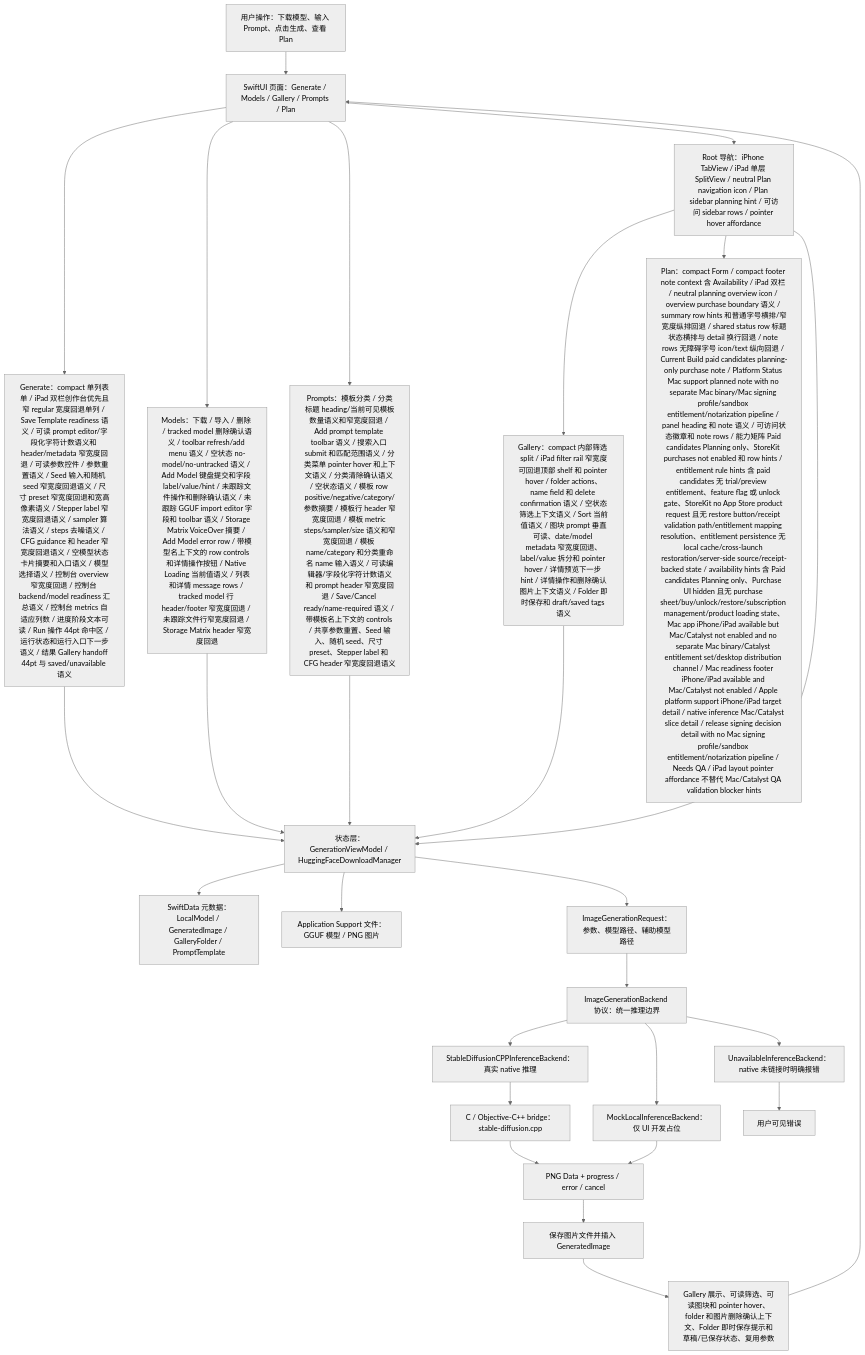
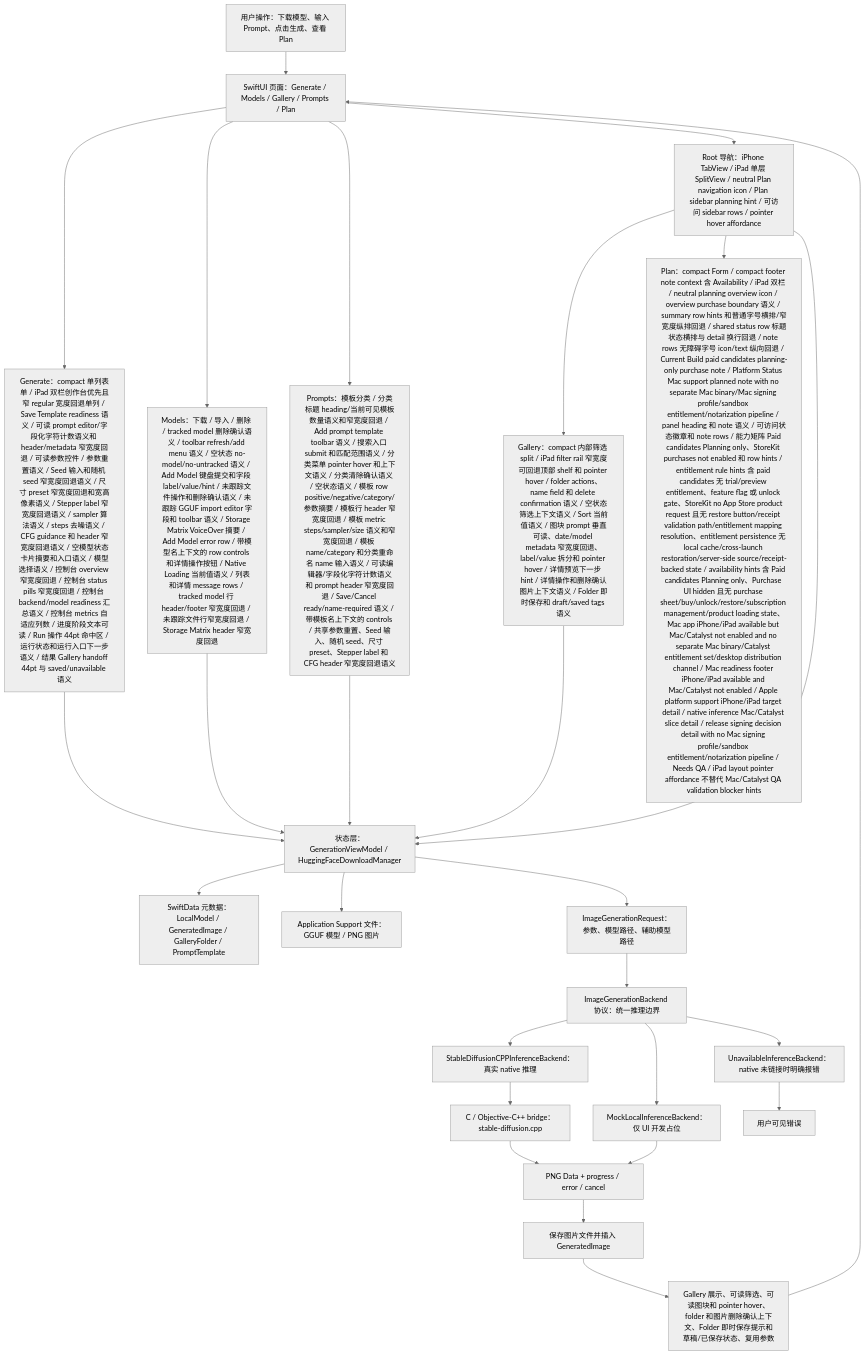
Before and after one commit to Altman-sam114/118: the first of 7 diagrams in md/flow/flowchart.md, drawn with Mermaid (neutral theme). The commit also changed 5 other files, not shown here.

First line of the commit message:
v1.146: Console status pills fallback

````diff
--- a/md/flow/flowchart.md
+++ b/md/flow/flowchart.md
@@ -9,29 +9,29 @@
 ```mermaid
 flowchart TD
   U["用户操作：下载模型、输入 Prompt、点击生成、查看 Plan"] --> UI["SwiftUI 页面：Generate / Models / Gallery / Prompts / Plan"]
-  UI --> GENUI["Generate：compact 单列表单 / iPad 双栏创作台优先且窄 regular 宽度回退单列 / Save Template readiness 语义 / 可读 prompt editor/字段化字符计数语义和 header/metadata 窄宽度回退 / 可读参数控件 / 参数重置语义 / Seed 输入和随机 seed 窄宽度回退语义 / 尺寸 preset 窄宽度回退和宽高像素语义 / Stepper label 窄宽度回退语义 / sampler 算法语义 / steps 去噪语义 / CFG guidance 和 header 窄宽度回退语义 / 空模型状态卡片摘要和入口语义 / 模型选择语义 / 控制台 overview 窄宽度回退 / 控制台 backend/model readiness 汇总语义 / 控制台 metrics 自适应列数 / 进度阶段文本可读 / Run 操作 44pt 命中区 / 运行状态和运行入口下一步语义 / 结果 Gallery handoff 44pt 与 saved/unavailable 语义"]
+  UI --> GENUI["Generate：compact 单列表单 / iPad 双栏创作台优先且窄 regular 宽度回退单列 / Save Template readiness 语义 / 可读 prompt editor/字段化字符计数语义和 header/metadata 窄宽度回退 / 可读参数控件 / 参数重置语义 / Seed 输入和随机 seed 窄宽度回退语义 / 尺寸 preset 窄宽度回退和宽高像素语义 / Stepper label 窄宽度回退语义 / sampler 算法语义 / steps 去噪语义 / CFG guidance 和 header 窄宽度回退语义 / 空模型状态卡片摘要和入口语义 / 模型选择语义 / 控制台 overview 窄宽度回退 / 控制台 status pills 窄宽度回退 / 控制台 backend/model readiness 汇总语义 / 控制台 metrics 自适应列数 / 进度阶段文本可读 / Run 操作 44pt 命中区 / 运行状态和运行入口下一步语义 / 结果 Gallery handoff 44pt 与 saved/unavailable 语义"]
   UI --> MODELUI["Models：下载 / 导入 / 删除 / tracked model 删除确认语义 / toolbar refresh/add menu 语义 / 空状态 no-model/no-untracked 语义 / Add Model 键盘提交和字段 label/value/hint / 未跟踪文件操作和删除确认语义 / 未跟踪 GGUF import editor 字段和 toolbar 语义 / Storage Matrix VoiceOver 摘要 / Add Model error row / 带模型名上下文的 row controls 和详情操作按钮 / Native Loading 当前值语义 / 列表和详情 message rows / tracked model 行 header/footer 窄宽度回退 / 未跟踪文件行窄宽度回退 / Storage Matrix header 窄宽度回退"]
   UI --> PROMPTUI["Prompts：模板分类 / 分类标题 heading/当前可见模板数量语义和窄宽度回退 / Add prompt template toolbar 语义 / 搜索入口 submit 和匹配范围语义 / 分类菜单 pointer hover 和上下文语义 / 分类清除确认语义 / 空状态语义 / 模板 row positive/negative/category/参数摘要 / 模板行 header 窄宽度回退 / 模板 metric steps/sampler/size 语义和窄宽度回退 / 模板 name/category 和分类重命名 name 输入语义 / 可读编辑器/字段化字符计数语义和 prompt header 窄宽度回退 / Save/Cancel ready/name-required 语义 / 带模板名上下文的 controls / 共享参数重置、Seed 输入、随机 seed、尺寸 preset、Stepper label 和 CFG header 窄宽度回退语义"]
   UI --> NAV["Root 导航：iPhone TabView / iPad 单层 SplitView / neutral Plan navigation icon / Plan sidebar planning hint / 可访问 sidebar rows / pointer hover affordance"]
   NAV --> GALUI["Gallery：compact 内部筛选 split / iPad filter rail 窄宽度可回退顶部 shelf 和 pointer hover / folder actions、name field 和 delete confirmation 语义 / 空状态筛选上下文语义 / Sort 当前值语义 / 图块 prompt 垂直可读、date/model metadata 窄宽度回退、label/value 拆分和 pointer hover / 详情预览下一步 hint / 详情操作和删除确认图片上下文语义 / Folder 即时保存和 draft/saved tags 语义"]
   NAV --> PLANUI["Plan：compact Form / compact footer note context 含 Availability / iPad 双栏 / neutral planning overview icon / overview purchase boundary 语义 / summary row hints 和普通字号横排/窄宽度纵排回退 / shared status row 标题状态横排与 detail 换行回退 / note rows 无障碍字号 icon/text 纵向回退 / Current Build paid candidates planning-only purchase note / Platform Status Mac support planned note with no separate Mac binary/Mac signing profile/sandbox entitlement/notarization pipeline / panel heading 和 note 语义 / 可访问状态徽章和 note rows / 能力矩阵 Paid candidates Planning only、StoreKit purchases not enabled 和 row hints / entitlement rule hints 含 paid candidates 无 trial/preview entitlement、feature flag 或 unlock gate、StoreKit no App Store product request 且无 restore button/receipt validation path/entitlement mapping resolution、entitlement persistence 无 local cache/cross-launch restoration/server-side source/receipt-backed state / availability hints 含 Paid candidates Planning only、Purchase UI hidden 且无 purchase sheet/buy/unlock/restore/subscription management/product loading state、Mac app iPhone/iPad available but Mac/Catalyst not enabled and no separate Mac binary/Catalyst entitlement set/desktop distribution channel / Mac readiness footer iPhone/iPad available and Mac/Catalyst not enabled / Apple platform support iPhone/iPad target detail / native inference Mac/Catalyst slice detail / release signing decision detail with no Mac signing profile/sandbox entitlement/notarization pipeline / Needs QA / iPad layout pointer affordance 不替代 Mac/Catalyst QA validation blocker hints"]
   NAV --> VM["状态层：GenerationViewModel / HuggingFaceDownloadManager"]
   GENUI --> VM
   MODELUI --> VM
   PROMPTUI --> VM
   GALUI --> VM
   VM --> SD["SwiftData 元数据：LocalModel / GeneratedImage / GalleryFolder / PromptTemplate"]
   VM --> FS["Application Support 文件：GGUF 模型 / PNG 图片"]
   VM --> REQ["ImageGenerationRequest：参数、模型路径、辅助模型路径"]
   REQ --> IFACE["ImageGenerationBackend 协议：统一推理边界"]
   IFACE --> NATIVE["StableDiffusionCPPInferenceBackend：真实 native 推理"]
   IFACE --> MOCK["MockLocalInferenceBackend：仅 UI 开发占位"]
   IFACE --> OFF["UnavailableInferenceBackend：native 未链接时明确报错"]
   NATIVE --> BRIDGE["C / Objective-C++ bridge：stable-diffusion.cpp"]
   BRIDGE --> PNG["PNG Data + progress / error / cancel"]
   MOCK --> PNG
   OFF --> ERR["用户可见错误"]
   PNG --> SAVE["保存图片文件并插入 GeneratedImage"]
   SAVE --> GALLERY["Gallery 展示、可读筛选、可读图块和 pointer hover、folder 和图片删除确认上下文、Folder 即时保存提示和草稿/已保存状态、复用参数"]
   GALLERY --> UI
 ```
````
